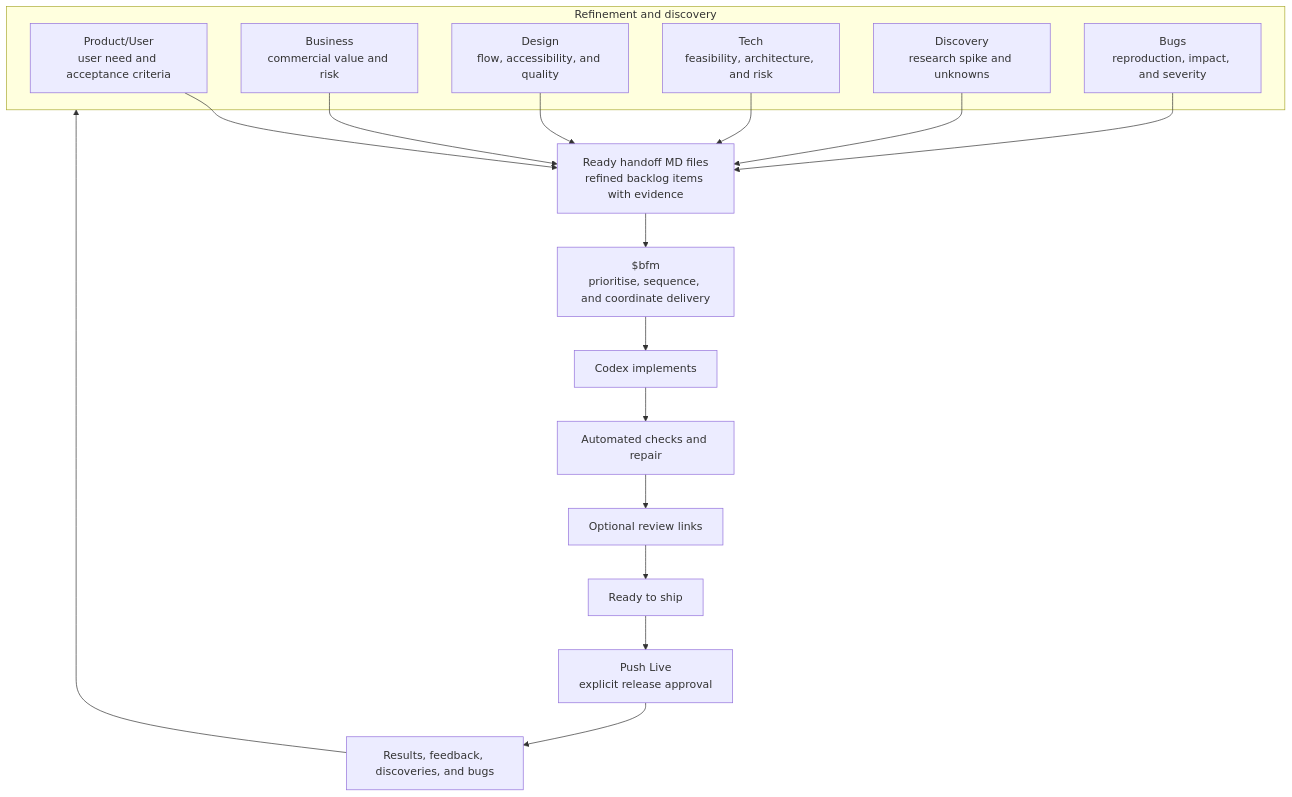
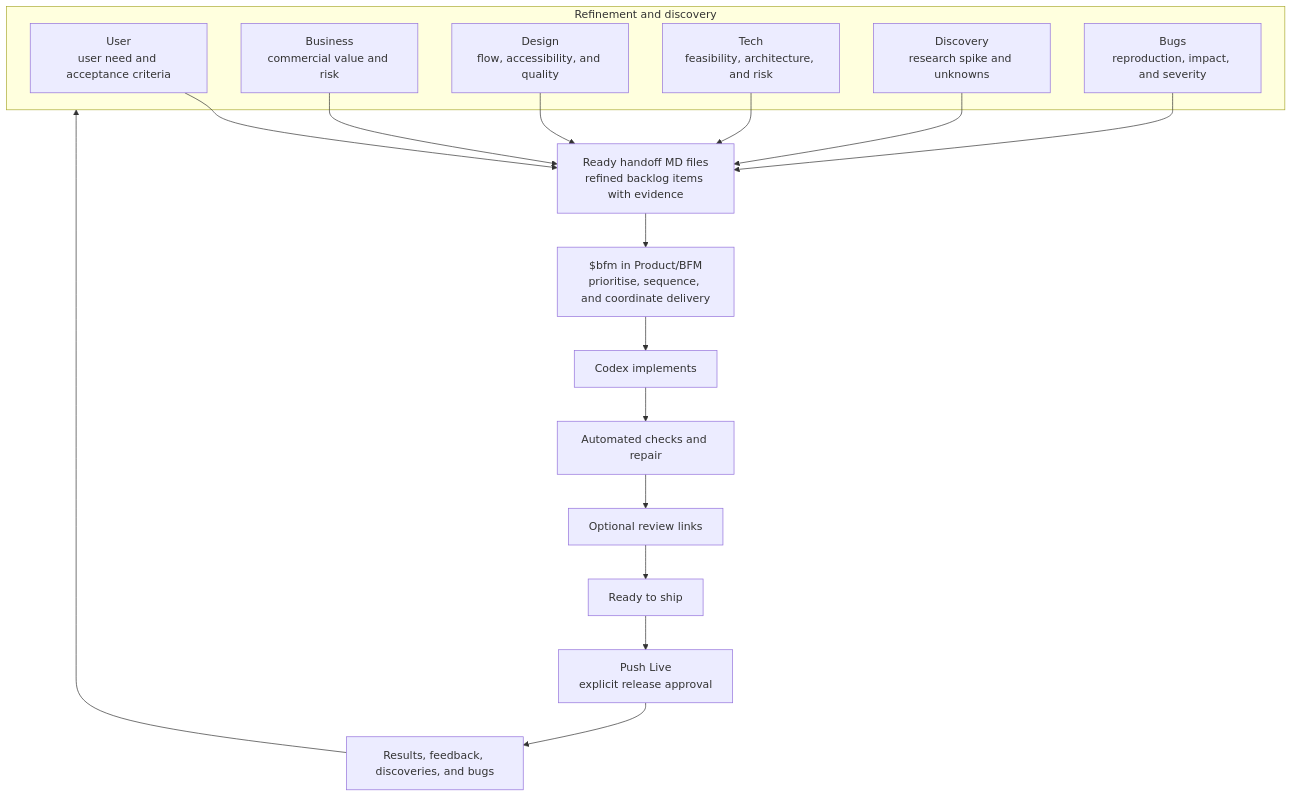
One commit to friedbeef1/fb-lane-coordination changed the diagram in docs/fb-for-agile-teams.md. Above: the diagram before and after it, drawn with Mermaid. The commit also changed other lines of this file and 35 other files, not shown here.

Commit message:
docs: define Product BFM control centre

````diff
--- a/docs/fb-for-agile-teams.md
+++ b/docs/fb-for-agile-teams.md
@@ -25,26 +25,26 @@
 ```mermaid
 flowchart TB
     subgraph R["Refinement and discovery"]
-        PU["Product/User\nuser need and acceptance criteria"]
+        US["User\nuser need and acceptance criteria"]
         BU["Business\ncommercial value and risk"]
         DE["Design\nflow, accessibility, and quality"]
         TE["Tech\nfeasibility, architecture, and risk"]
         DI["Discovery\nresearch spike and unknowns"]
         BG["Bugs\nreproduction, impact, and severity"]
     end
 
-    PU --> H["Ready handoff MD files\nrefined backlog items with evidence"]
+    US --> H["Ready handoff MD files\nrefined backlog items with evidence"]
     BU --> H
     DE --> H
     TE --> H
     DI --> H
     BG --> H
-    H --> B["$bfm\nprioritise, sequence, and coordinate delivery"]
+    H --> B["$bfm in Product/BFM\nprioritise, sequence, and coordinate delivery"]
     B --> C["Codex implements"]
     C --> T["Automated checks and repair"]
     T --> V["Optional review links"]
     V --> S["Ready to ship"]
     S --> L["Push Live\nexplicit release approval"]
     L --> F["Results, feedback, discoveries, and bugs"]
     F --> R
 ```
````
